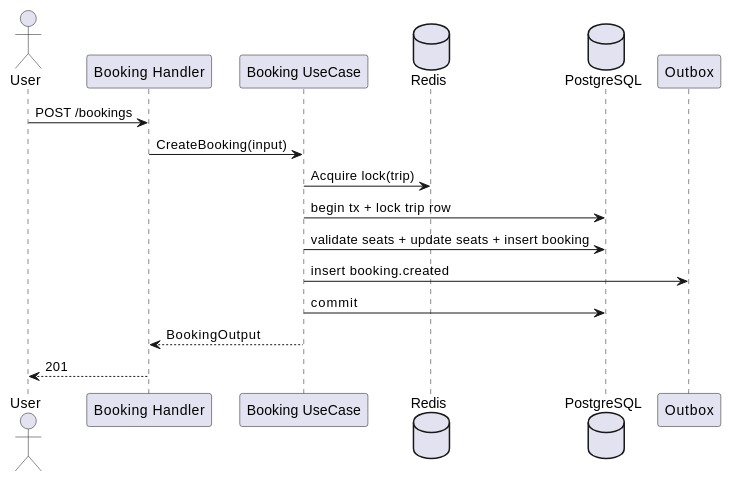
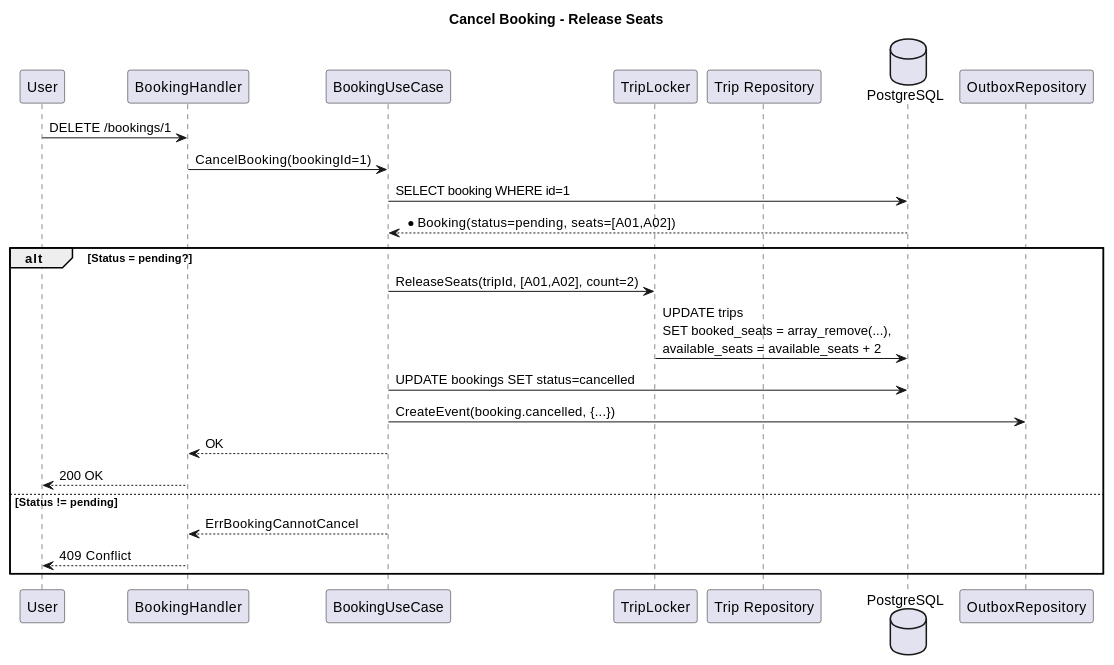
The eighth of 9 diagrams in obsidian/MODULE_BOOKING.md (dawnmoriaty/dadpt), drawn with PlantUML before and after one commit. The commit also changed other lines of this file and 18 other files, not shown here.

````diff
--- a/obsidian/MODULE_BOOKING.md
+++ b/obsidian/MODULE_BOOKING.md
@@ -160,20 +866,33 @@
 ```plantuml
 @startuml
-actor User
-participant "Booking Handler" as H
-participant "Booking UseCase" as U
-database "Redis" as R
-database "PostgreSQL" as DB
-participant "Outbox" as O
+title Cancel Booking - Release Seats
 
-User -> H : POST /bookings
-H -> U : CreateBooking(input)
-U -> R : Acquire lock(trip)
-U -> DB : begin tx + lock trip row
-U -> DB : validate seats + update seats + insert booking
-U -> O : insert booking.created
-U -> DB : commit
-U --> H : BookingOutput
-H --> User : 201
+participant User
+participant "BookingHandler"
+participant "BookingUseCase"
+participant "TripLocker"
+participant "Trip Repository"
+database "PostgreSQL"
+
+User -> BookingHandler: DELETE /bookings/1
+BookingHandler -> BookingUseCase: CancelBooking(bookingId=1)
+
+BookingUseCase -> PostgreSQL: SELECT booking WHERE id=1
+PostgreSQL --> BookingUseCase: *Booking(status=pending, seats=[A01,A02])
+
+alt Status = pending?
+    BookingUseCase -> TripLocker: ReleaseSeats(tripId, [A01,A02], count=2)
+    TripLocker -> PostgreSQL: UPDATE trips\nSET booked_seats = array_remove(...),\navailable_seats = available_seats + 2
+    
+    BookingUseCase -> PostgreSQL: UPDATE bookings SET status=cancelled
+    
+    BookingUseCase -> OutboxRepository: CreateEvent(booking.cancelled, {...})
+    
+    BookingUseCase --> BookingHandler: OK
+    BookingHandler --> User: 200 OK
+else Status != pending
+    BookingUseCase --> BookingHandler: ErrBookingCannotCancel
+    BookingHandler --> User: 409 Conflict
+end
 @enduml
 ```
````
